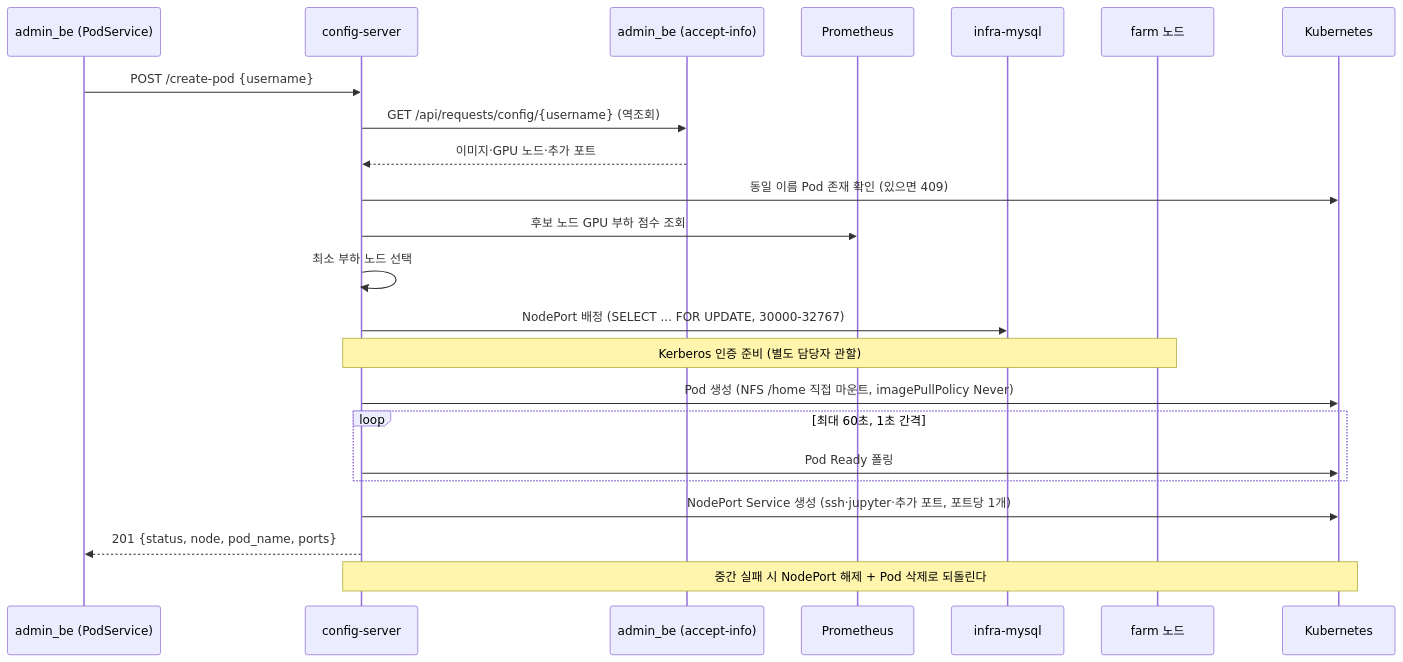
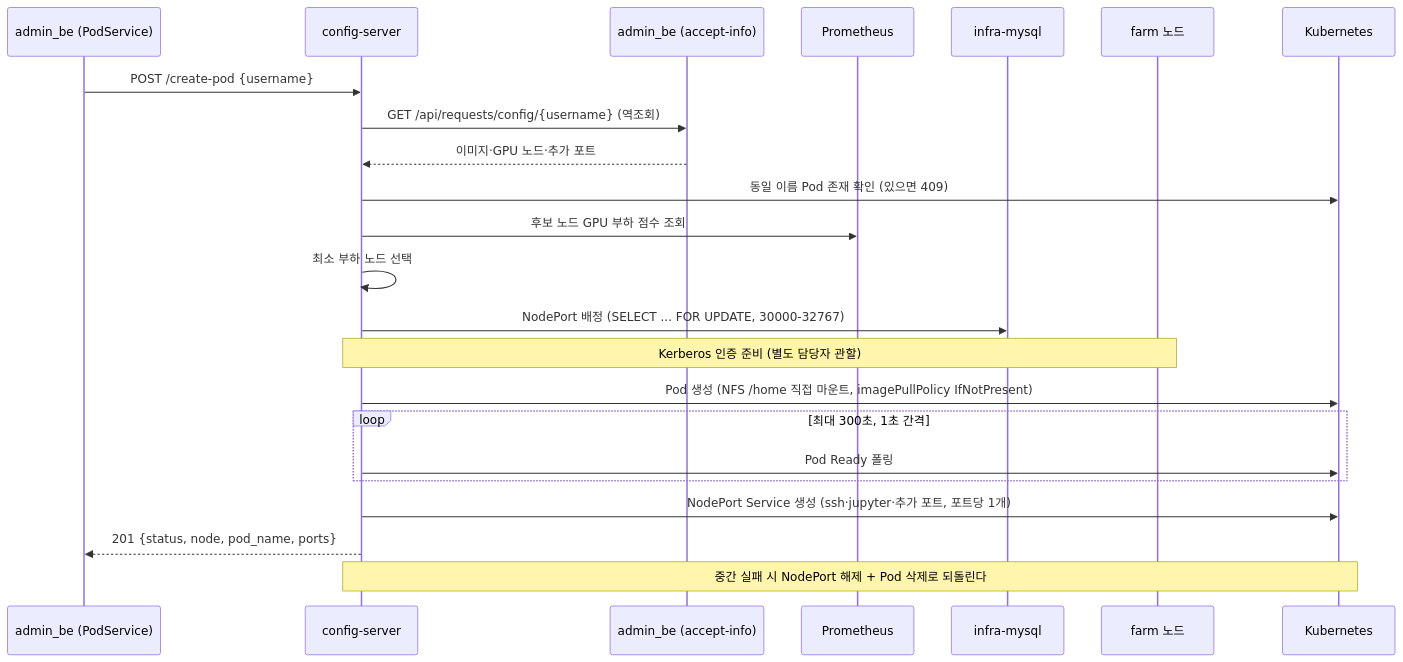
The first of 2 diagrams in md/infra/operations/API-레퍼런스.md (CSID-DGU/admin_wiki), drawn with Mermaid before and after one commit. The commit also changed other lines of this file and 7 other files, not shown here.

````diff
--- a/md/infra/operations/API-레퍼런스.md
+++ b/md/infra/operations/API-레퍼런스.md
@@ -81,26 +81,26 @@
 ```mermaid
 sequenceDiagram
     participant BE as admin_be (PodService)
     participant CS as config-server
     participant WAS as admin_be (accept-info)
     participant PROM as Prometheus
     participant DB as infra-mysql
     participant FARM as farm 노드
     participant K as Kubernetes
 
     BE->>CS: POST /create-pod {username}
     CS->>WAS: GET /api/requests/config/{username} (역조회)
     WAS-->>CS: 이미지·GPU 노드·추가 포트
     CS->>K: 동일 이름 Pod 존재 확인 (있으면 409)
     CS->>PROM: 후보 노드 GPU 부하 점수 조회
     CS->>CS: 최소 부하 노드 선택
     CS->>DB: NodePort 배정 (SELECT ... FOR UPDATE, 30000-32767)
     Note over CS,FARM: Kerberos 인증 준비 (별도 담당자 관할)
-    CS->>K: Pod 생성 (NFS /home 직접 마운트, imagePullPolicy Never)
-    loop 최대 60초, 1초 간격
+    CS->>K: Pod 생성 (NFS /home 직접 마운트, imagePullPolicy IfNotPresent)
+    loop 최대 300초, 1초 간격
         CS->>K: Pod Ready 폴링
     end
     CS->>K: NodePort Service 생성 (ssh·jupyter·추가 포트, 포트당 1개)
     CS-->>BE: 201 {status, node, pod_name, ports}
     Note over CS,K: 중간 실패 시 NodePort 해제 + Pod 삭제로 되돌린다
 ```
````
